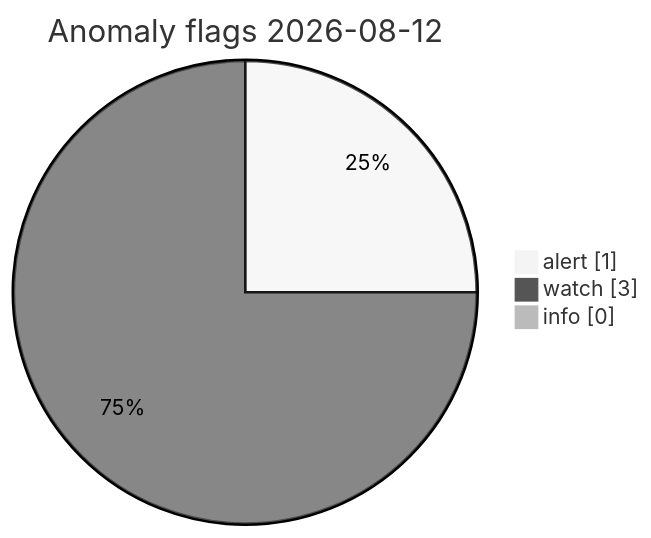
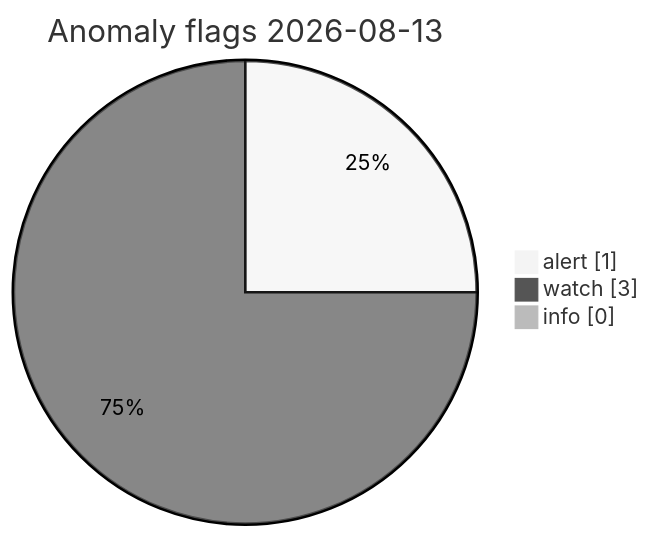
Before and after one commit to Midwest-Stratospheric/Unified-Open-Global-Weather: the diagram in visuals/latest/CHARTS.md, drawn with Mermaid (neutral theme). The commit also changed other lines of this file and 11 other files, not shown here.

Commit message:
data(visuals): automated charts 2026-08-13T09:50Z

````diff
--- a/visuals/latest/CHARTS.md
+++ b/visuals/latest/CHARTS.md
@@ -73,7 +73,7 @@
 ```mermaid
 pie showData
-  title Anomaly flags 2026-08-12
+  title Anomaly flags 2026-08-13
   "alert" : 1
   "watch" : 3
   "info" : 0
 ```
````
